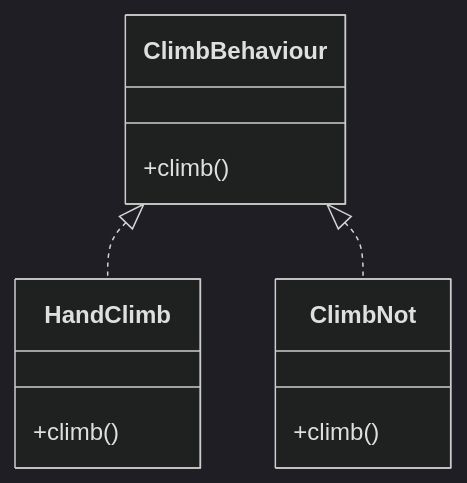
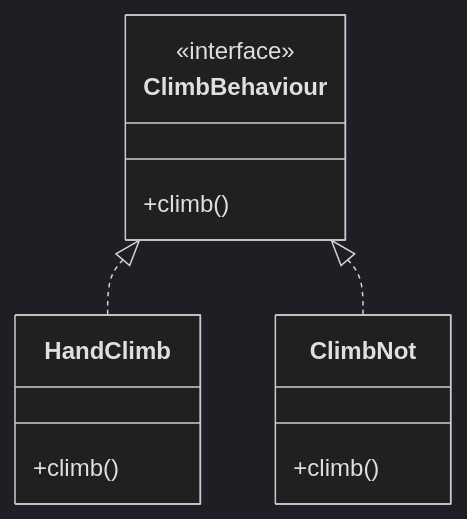
Before and after one commit to cargy/design-patterns: the third of 4 diagrams in strategy/readme.md, drawn with Mermaid (dark theme). The commit also changed other lines of this file, not shown here.

````diff
--- a/strategy/readme.md
+++ b/strategy/readme.md
@@ -102,12 +104,14 @@
 ```mermaid
 classDiagram
     ClimbBehaviour <|.. HandClimb
     ClimbBehaviour <|.. ClimbNot
+    class ClimbBehaviour
+    <<interface>> ClimbBehaviour
     ClimbBehaviour: +climb()
     class HandClimb{
         +climb()
     }
     class ClimbNot{
         +climb()
     }
 ```
````
